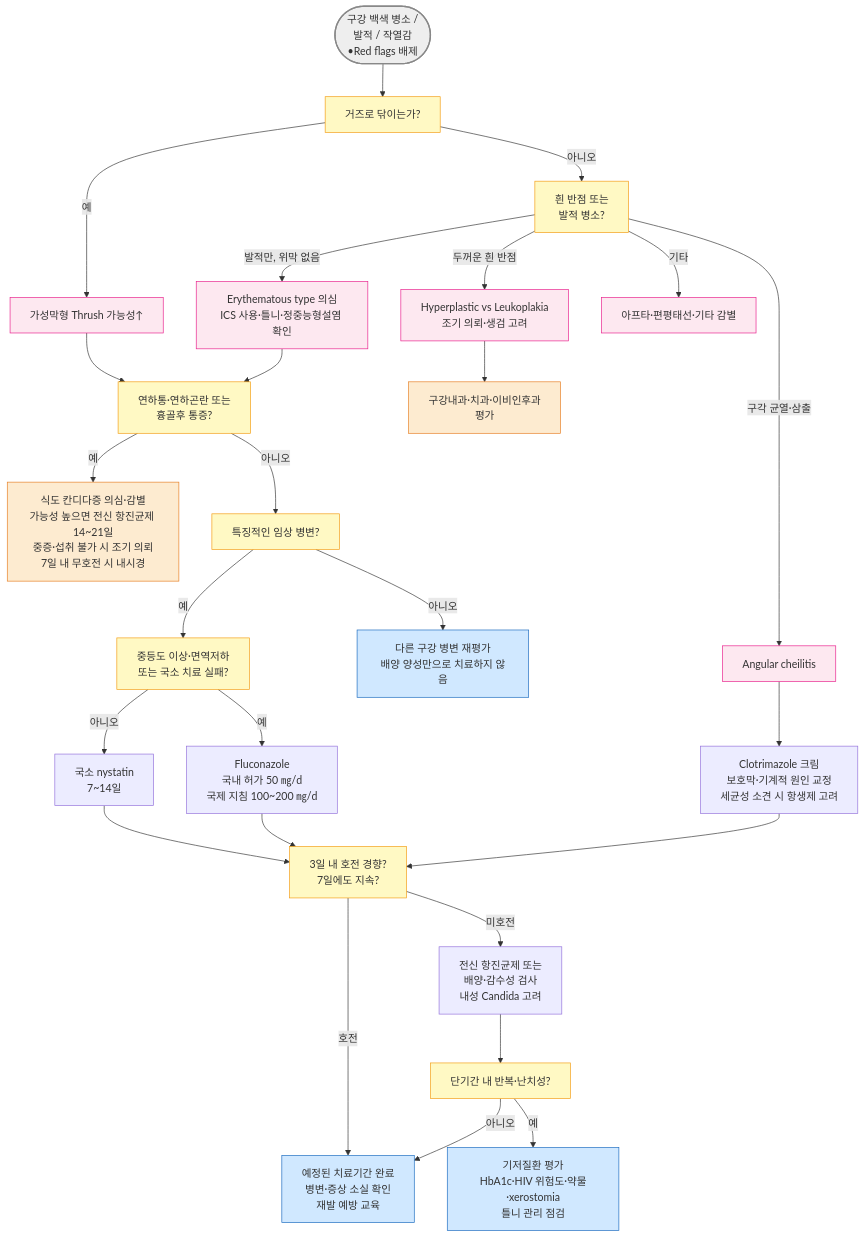
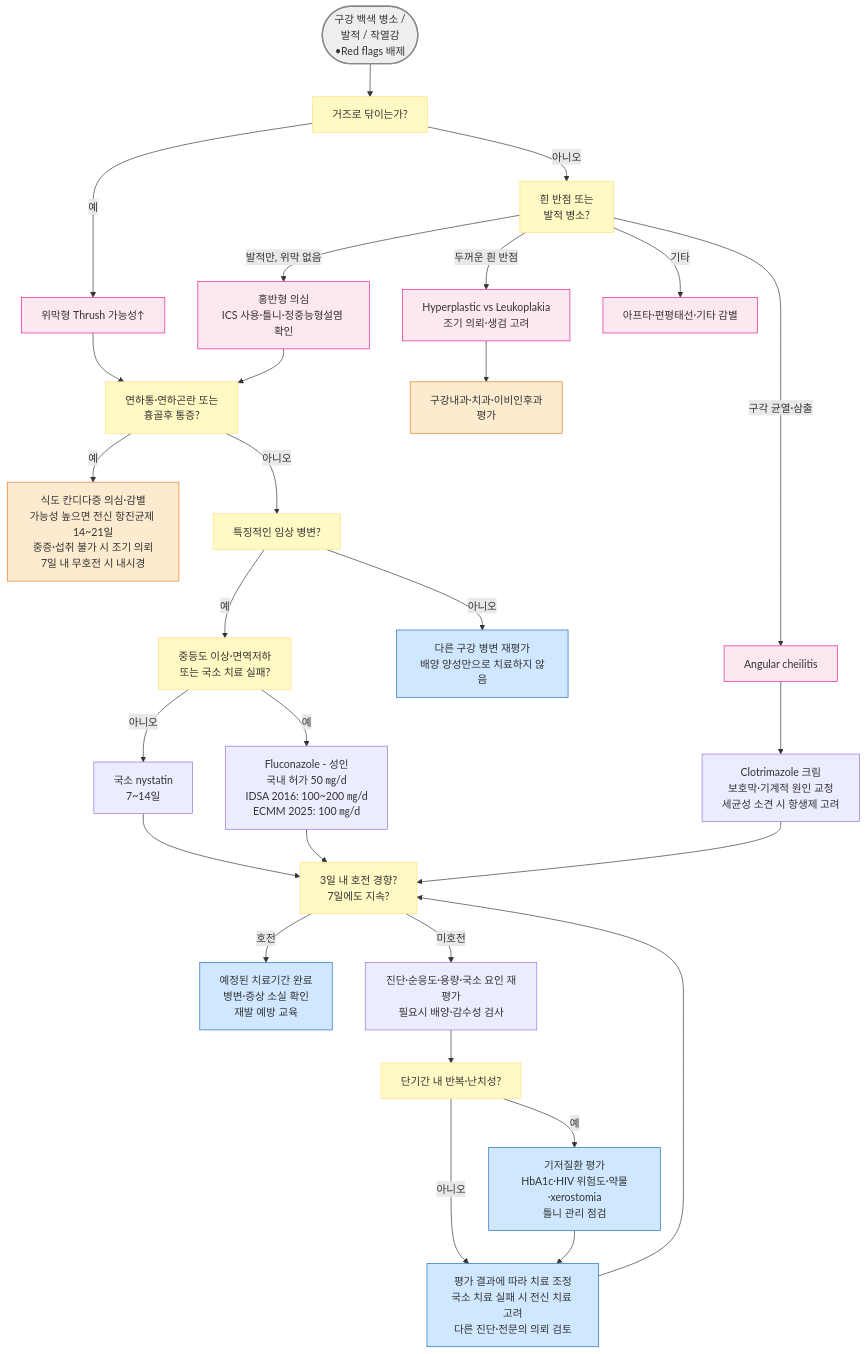
One commit to familyoh77/familyoh77 changed the diagram in 222_/055_-oral-candidiasis.md. Above: the diagram before and after it, drawn with Mermaid. The commit also changed other lines of this file, not shown here.

````diff
--- a/222_/055_-oral-candidiasis.md
+++ b/222_/055_-oral-candidiasis.md
@@ -106,38 +105,40 @@
 ```mermaid
 flowchart TD
-    A([구강 백색 병소 / <br/>발적 / 작열감<br/>•Red flags 배제]) --> B[거즈로 닦이는가?]
-    B -- 예 --> C[가성막형 Thrush 가능성↑]
-    B -- 아니오 --> D[흰 반점 또는<br/>발적 병소?]
-    D -- 두꺼운 흰 반점 --> E[Hyperplastic vs Leukoplakia<br/>조기 의뢰·생검 고려]
-    D -- 발적만, 위막 없음 --> H[Erythematous type 의심<br/>ICS 사용·틀니·정중능형설염 확인]
-    D -- 구각 균열·삼출 --> G[Angular cheilitis]
-    D -- 기타 --> Z[아프타·편평태선·기타 감별]
-    C --> I[연하통·연하곤란 또는<br/>흉골후 통증?]
+    A(["구강 백색 병소 / <br/>발적 / 작열감<br/>•Red flags 배제"]) --> B["거즈로 닦이는가?"]
+    B -- 예 --> C["위막형 Thrush 가능성↑"]
+    B -- 아니오 --> D["흰 반점 또는<br/>발적 병소?"]
+    D -- 두꺼운 흰 반점 --> E["Hyperplastic vs Leukoplakia<br/>조기 의뢰·생검 고려"]
+    D -- 발적만, 위막 없음 --> H["홍반형 의심<br/>ICS 사용·틀니·정중능형설염 확인"]
+    D -- 구각 균열·삼출 --> G["Angular cheilitis"]
+    D -- 기타 --> Z["아프타·편평태선·기타 감별"]
+    C --> I["연하통·연하곤란 또는<br/>흉골후 통증?"]
     H --> I
-    I -- 예 --> J[식도 칸디다증 의심·감별<br/>가능성 높으면 전신 항진균제 14~21일<br/>중증·섭취 불가 시 조기 의뢰<br/>7일 내 무호전 시 내시경]
-    I -- 아니오 --> K[특징적인 임상 병변?]
-    K -- 아니오 --> N[다른 구강 병변 재평가<br/>배양 양성만으로 치료하지 않음]
-    K -- 예 --> O[중등도 이상·면역저하<br/>또는 국소 치료 실패?]
-    O -- 아니오 --> P[국소 nystatin<br/>7~14일]
-    O -- 예 --> Q[Fluconazole<br/>국내 허가 50 ㎎/d<br/>국제 지침 100~200 ㎎/d]
-    P --> R[3일 내 호전 경향?<br/>7일에도 지속?]
+    I -- 예 --> J["식도 칸디다증 의심·감별<br/>가능성 높으면 전신 항진균제 14~21일<br/>중증·섭취 불가 시 조기 의뢰<br/>7일 내 무호전 시 내시경"]
+    I -- 아니오 --> K["특징적인 임상 병변?"]
+    K -- 아니오 --> N["다른 구강 병변 재평가<br/>배양 양성만으로 치료하지 않음"]
+    K -- 예 --> O["중등도 이상·면역저하<br/>또는 국소 치료 실패?"]
+    O -- 아니오 --> P["국소 nystatin<br/>7~14일"]
+    O -- 예 --> Q["Fluconazole - 성인<br/>국내 허가 50 ㎎/d<br/>IDSA 2016: 100~200 ㎎/d<br/>ECMM 2025: 100 ㎎/d"]
+    P --> R["3일 내 호전 경향?<br/>7일에도 지속?"]
     Q --> R
-    R -- 호전 --> S[예정된 치료기간 완료<br/>병변·증상 소실 확인<br/>재발 예방 교육]
-    R -- 미호전 --> T[전신 항진균제 또는<br/>배양·감수성 검사<br/>내성 Candida 고려]
-    T --> U[단기간 내 반복·난치성?]
-    U -- 예 --> V[기저질환 평가<br/>HbA1c·HIV 위험도·약물·xerostomia<br/>틀니 관리 점검]
-    U -- 아니오 --> S
-    G --> W[Clotrimazole 크림<br/>보호막·기계적 원인 교정<br/>세균성 소견 시 항생제 고려]
+    R -- 호전 --> S["예정된 치료기간 완료<br/>병변·증상 소실 확인<br/>재발 예방 교육"]
+    R -- 미호전 --> T["진단·순응도·용량·국소 요인 재평가<br/>필요시 배양·감수성 검사"]
+    T --> U["단기간 내 반복·난치성?"]
+    U -- 예 --> V["기저질환 평가<br/>HbA1c·HIV 위험도·약물·xerostomia<br/>틀니 관리 점검"]
+    U -- 아니오 --> Y["평가 결과에 따라 치료 조정<br/>국소 치료 실패 시 전신 치료 고려<br/>다른 진단·전문의 의뢰 검토"]
+    V --> Y
+    Y --> R
+    G --> W["Clotrimazole 크림<br/>보호막·기계적 원인 교정<br/>세균성 소견 시 항생제 고려"]
     W --> R
-    E --> X[구강내과·치과·이비인후과<br/>평가]
+    E --> X["구강내과·치과·이비인후과<br/>평가"]
 
 style A fill:#eeeeee,stroke:#888888,stroke-width:2px
 classDef orange fill:#fdebd0,stroke:#e67e22
 class J,X orange
-classDef yellow fill:#fff9c4,stroke:#f39c12
+classDef yellow fill:#fff9c4,stroke:#ffe082
 class B,D,I,K,O,R,U yellow
 classDef blue fill:#d0e8ff,stroke:#1a6abf
-class N,S,V blue
+class N,S,V,Y blue
 classDef pink fill:#fde8f0,stroke:#e91e8c
 class G,H,Z,C,E pink
 ```
````
